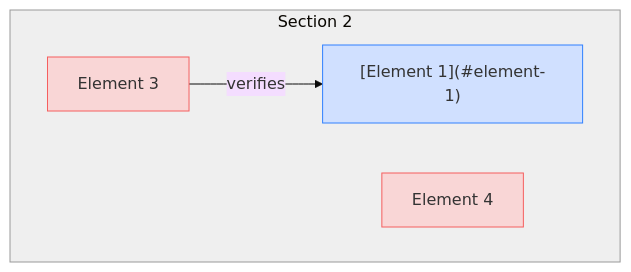
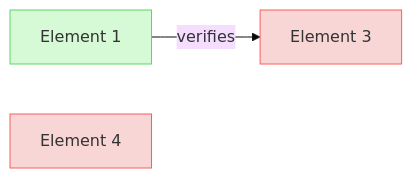
The third of 3 diagrams in test-fixtures/test-diagram-generation/Requirements-with-custom-mermaid.md (reqvire-org/reqvire), drawn with Mermaid (base theme) before and after one commit. The commit also changed other lines of this file and 18 other files, not shown here.

````diff
--- a/test-fixtures/test-diagram-generation/Requirements-with-custom-mermaid.md
+++ b/test-fixtures/test-diagram-generation/Requirements-with-custom-mermaid.md
@@ -68,23 +68,21 @@
 ```mermaid
-graph TD;
+graph LR;
   %% Graph styling
   classDef requirement fill:#f9d6d6,stroke:#f55f5f,stroke-width:1px;
   classDef satisfies fill:#fff2cc,stroke:#ffcc00,stroke-width:1px;
   classDef verification fill:#d6f9d6,stroke:#5fd75f,stroke-width:1px;
   classDef externalLink fill:#d0e0ff,stroke:#3080ff,stroke-width:1px;
   classDef paragraph fill:#efefef,stroke:#999999,stroke-width:1px;
   classDef default fill:#f5f5f5,stroke:#333333,stroke-width:1px;
 
-  subgraph para["Section 2"];
     Element_3["Element 3"];
     click Element_3 "Requirements-with-custom-mermaid.md#element-3";
     class Element_3 requirement;
-    Element_3 -->|verifies| _Element_1___element_1_;
-  _Element_1___element_1_["[Element 1](#element-1)"];
-  class _Element_1___element_1_ externalLink;
+    _Element_1___element_1_ -->|verifies| Element_3;
+    _Element_1___element_1_["Element 1"];
+    click _Element_1___element_1_ "#element-1";
+    class _Element_1___element_1_ verification;
     Element_4["Element 4"];
     click Element_4 "Requirements-with-custom-mermaid.md#element-4";
     class Element_4 requirement;
-  end;
-  class para paragraph;
 ```
````
